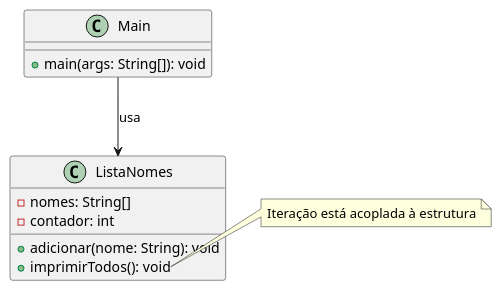
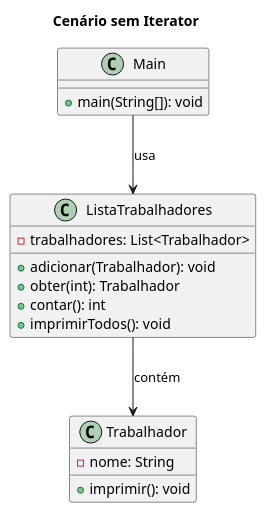
One commit to 20242-ifba-saj-ads-ppr/seminario-ppr-comportamentais-equipe4 changed the diagram in src/Iterator/estrutura_sem_padrao.puml. Above: the diagram before and after it, drawn with PlantUML. The commit also changed 15 other files, not shown here.

```diff
--- a/src/Iterator/estrutura_sem_padrao.puml
+++ b/src/Iterator/estrutura_sem_padrao.puml
@@ -1,18 +1,24 @@
 @startuml
-class ListaNomes {
-  - nomes: String[]
-  - contador: int
-  + adicionar(nome: String): void
+title Cenário sem Iterator
+
+class Trabalhador {
+  - nome: String
+  + imprimir(): void
+}
+
+class ListaTrabalhadores {
+  - trabalhadores: List<Trabalhador>
+  + adicionar(Trabalhador): void
+  + obter(int): Trabalhador
+  + contar(): int
   + imprimirTodos(): void
 }
 
 class Main {
-  + main(args: String[]): void
+  + main(String[]): void
 }
 
-Main --> ListaNomes : usa
+Main --> ListaTrabalhadores : usa
+ListaTrabalhadores --> Trabalhador : contém
 
-note right of ListaNomes::imprimirTodos
-  Iteração está acoplada à estrutura
-end note
 @enduml
```
